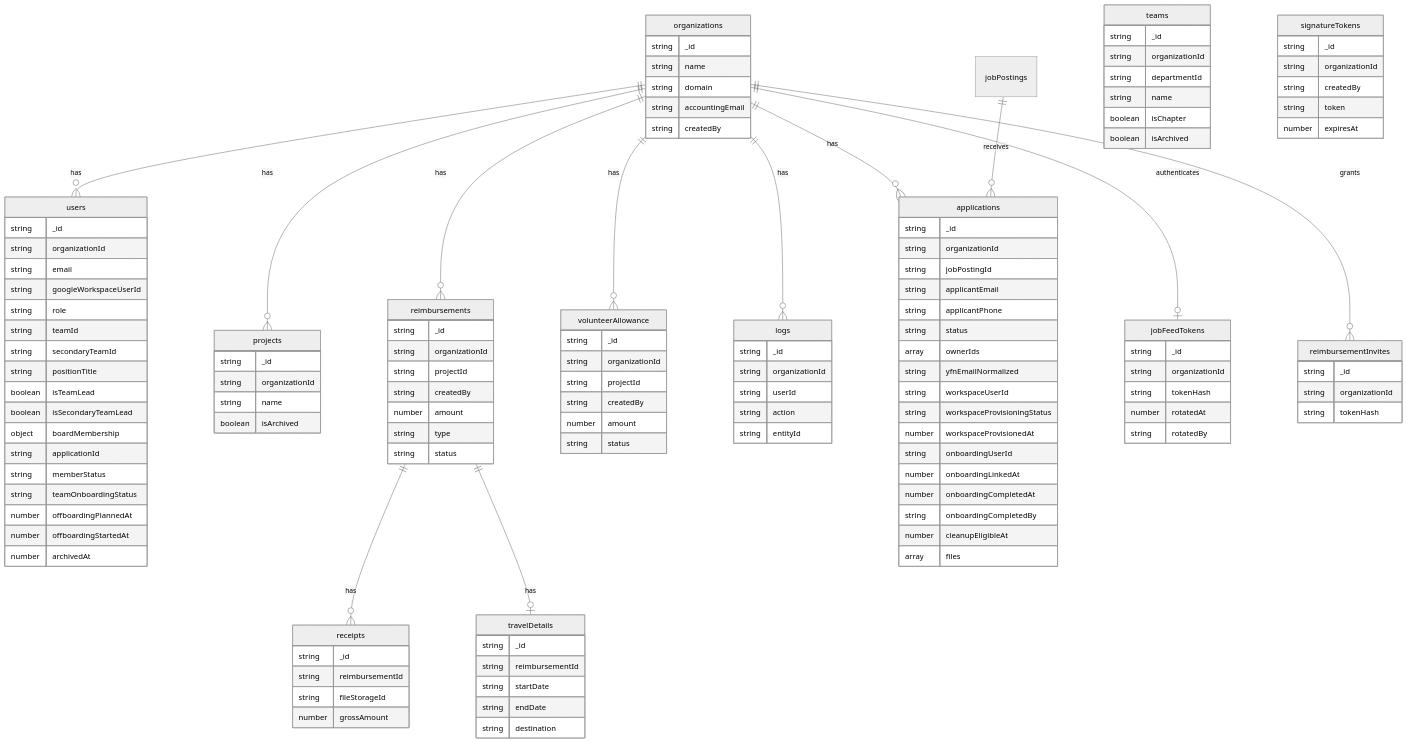
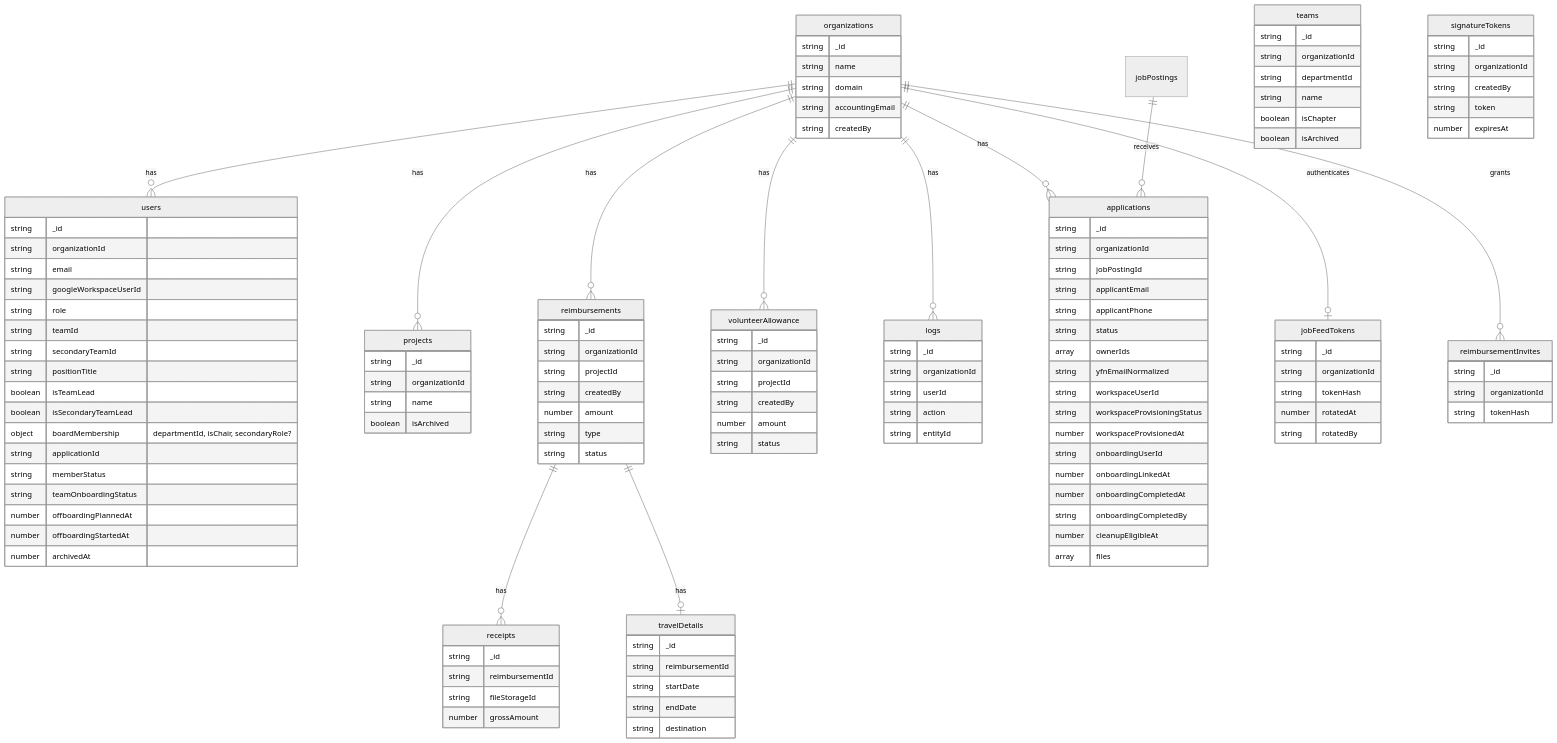
Before and after one commit to yfndev/ybase: the diagram in docs/schema.md, drawn with Mermaid (neutral theme). The commit also changed 11 other files, not shown here.

```diff
--- a/docs/schema.md
+++ b/docs/schema.md
@@ -51,7 +51,7 @@
         string positionTitle
         boolean isTeamLead
         boolean isSecondaryTeamLead
-        object boardMembership
+        object boardMembership "departmentId, isChair, secondaryRole?"
         string applicationId
         string memberStatus
         string teamOnboardingStatus
```
